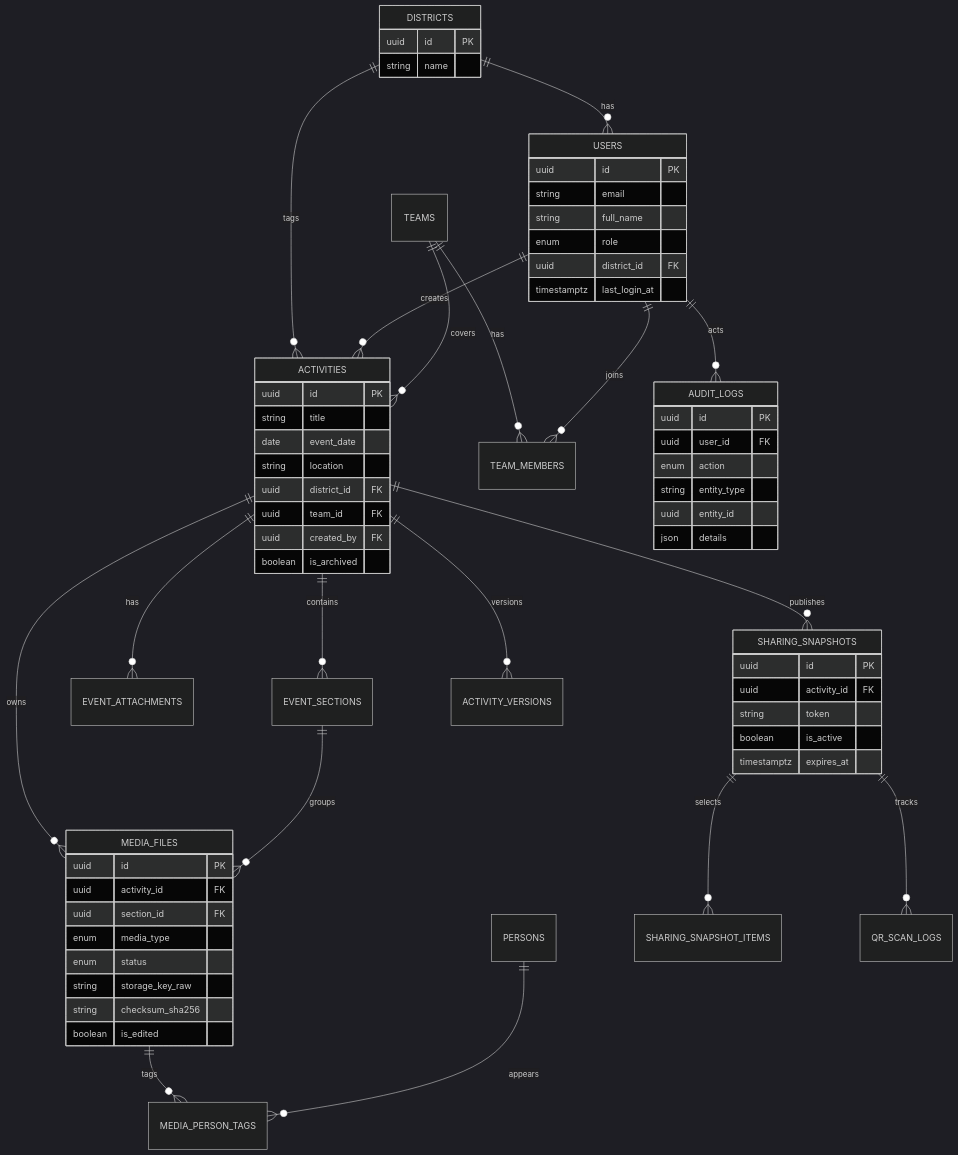
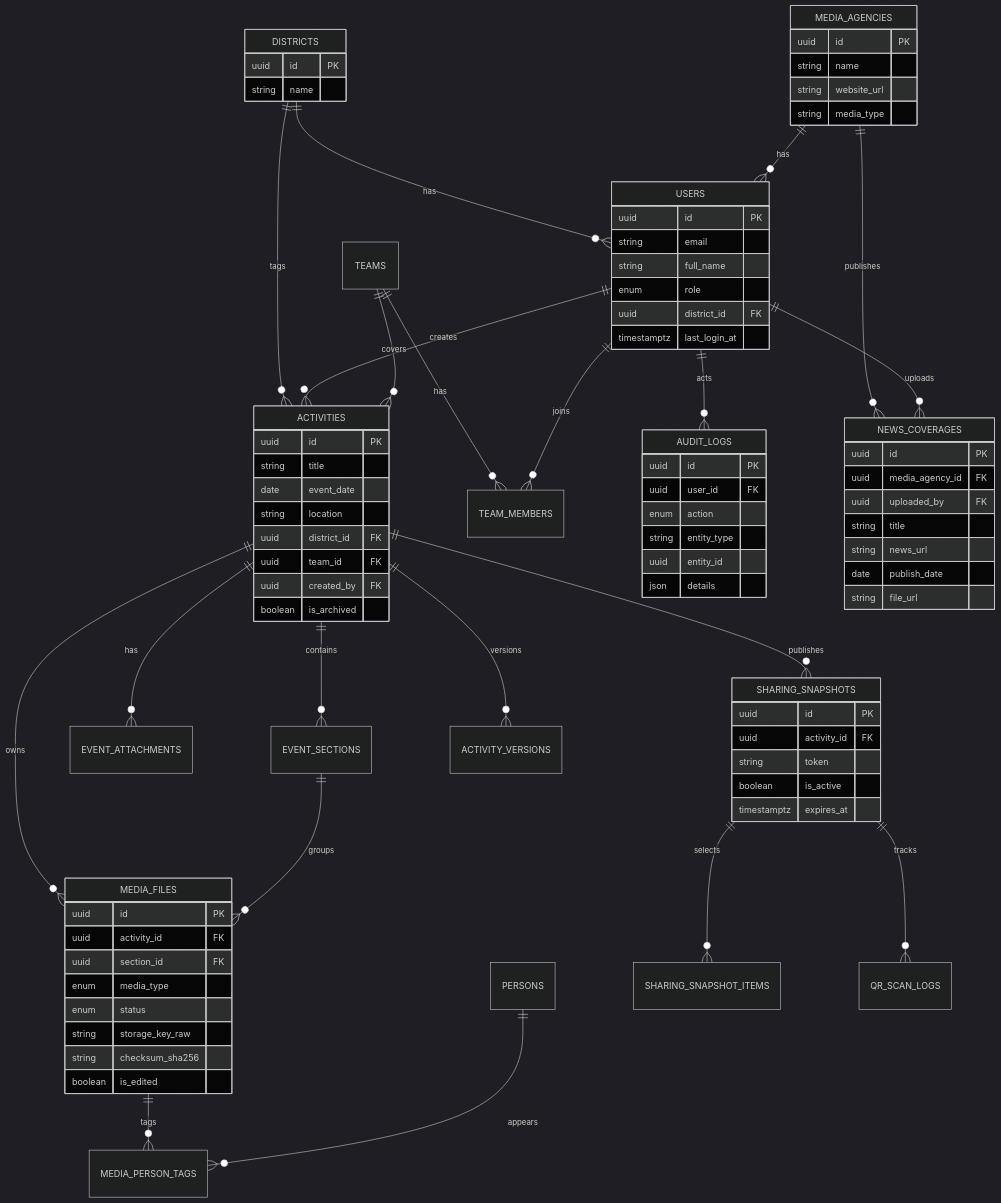
One commit to K1rigayakun/rekam_kominfo changed the second of 5 diagrams in docs/ARCHITECTURE.md. Above: the diagram before and after it, drawn with Mermaid (dark theme). The commit also changed other lines of this file and 1 other file, not shown here.

Commit message:
docs: update architecture to include media portal and remove outdated handoff doc

````diff
--- a/docs/ARCHITECTURE.md
+++ b/docs/ARCHITECTURE.md
@@ -38,6 +40,9 @@
   SHARING_SNAPSHOTS ||--o{ QR_SCAN_LOGS : tracks
   ACTIVITIES ||--o{ ACTIVITY_VERSIONS : versions
   USERS ||--o{ AUDIT_LOGS : acts
+  MEDIA_AGENCIES ||--o{ USERS : has
+  MEDIA_AGENCIES ||--o{ NEWS_COVERAGES : publishes
+  USERS ||--o{ NEWS_COVERAGES : uploads
 
   DISTRICTS {
     uuid id PK
@@ -86,4 +91,19 @@
     uuid entity_id
     json details
   }
+  MEDIA_AGENCIES {
+    uuid id PK
+    string name
+    string website_url
+    string media_type
+  }
+  NEWS_COVERAGES {
+    uuid id PK
+    uuid media_agency_id FK
+    uuid uploaded_by FK
+    string title
+    string news_url
+    date publish_date
+    string file_url
+  }
 ```
````
